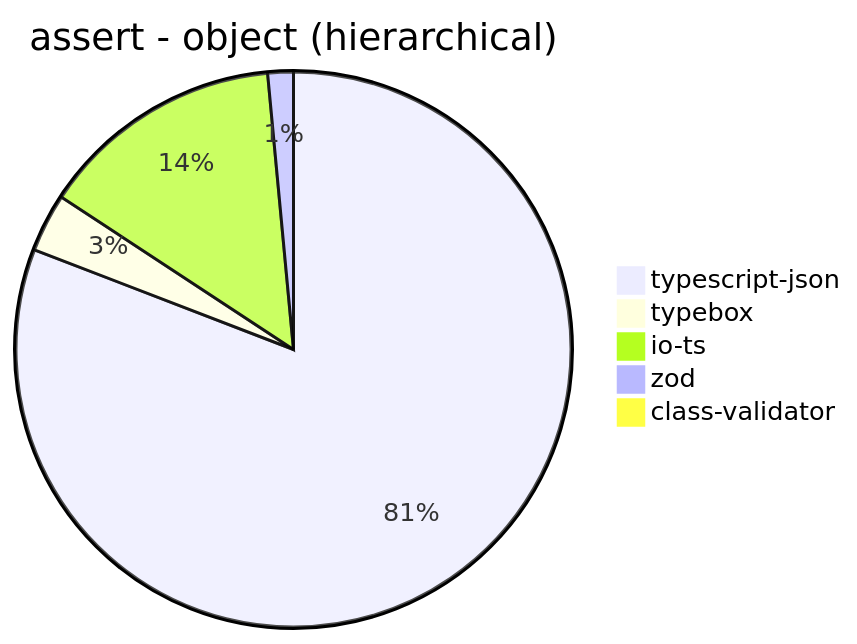
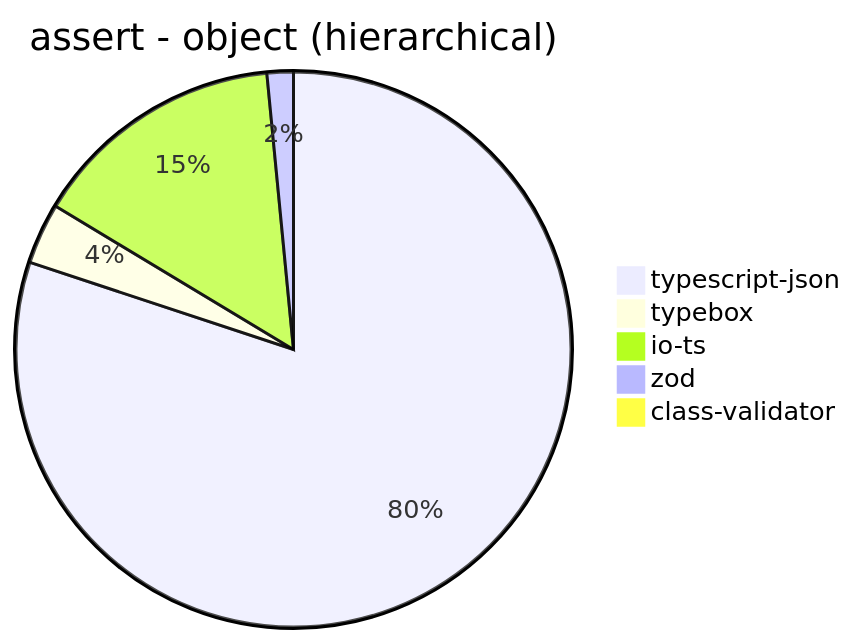
The ninth of 39 diagrams in benchmark/results/AMD Ryzen 9 5900HX with Radeon Graphics.md (samchon/typia), drawn with Mermaid before and after one commit. The commit also changed other lines of this file and 3 other files, not shown here.

````diff
--- a/benchmark/results/AMD Ryzen 9 5900HX with Radeon Graphics.md
+++ b/benchmark/results/AMD Ryzen 9 5900HX with Radeon Graphics.md
@@ -126,8 +126,8 @@
 ```mermaid
 pie title assert - object (hierarchical)
-  "typescript-json": 23460.77903428469
-  "typebox": 987.5604699378023
-  "io-ts": 4138.742023701003
-  "zod": 432.34138124649076
-  "class-validator": 68.4654919236417
+  "typescript-json": 22979.15218902015
+  "typebox": 1019.412191582003
+  "io-ts": 4256.124721603564
+  "zod": 439.7974493623406
+  "class-validator": 68.41909023117077
 ```
````
